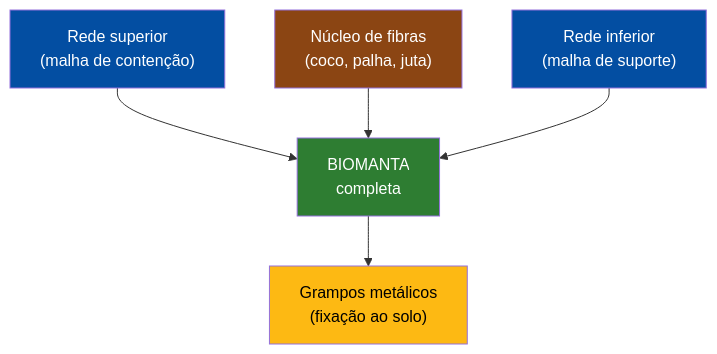
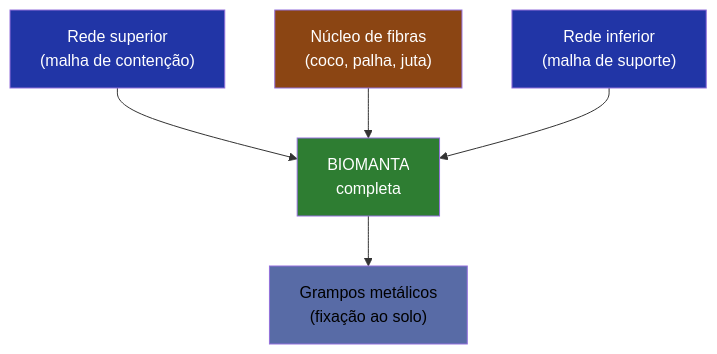
Before and after one commit to ldvsantos/cv: the third of 7 diagrams in aulas/bioengenharia_de_solos/aulas/biomantas/biomantas.qmd, drawn with Mermaid. The commit also changed other lines of this file and 466 other files, not shown here.

````diff
--- a/aulas/bioengenharia_de_solos/aulas/biomantas/biomantas.qmd
+++ b/aulas/bioengenharia_de_solos/aulas/biomantas/biomantas.qmd
@@ -286,13 +284,13 @@
 ```{mermaid}
 %%| fig-width: 5
 graph TD
     A["Rede superior<br>(malha de contenção)"] --> D["BIOMANTA<br>completa"]
     B["Núcleo de fibras<br>(coco, palha, juta)"] --> D
     C["Rede inferior<br>(malha de suporte)"] --> D
     D --> E["Grampos metálicos<br>(fixação ao solo)"]
-    style A fill:#034EA2,color:#fff
+    style A fill:#2135A6,color:#fff
     style B fill:#8B4513,color:#fff
-    style C fill:#034EA2,color:#fff
+    style C fill:#2135A6,color:#fff
     style D fill:#2E7D32,color:#fff
-    style E fill:#FDB913,color:#000
+    style E fill:#586BA6,color:#000
 ```
````
